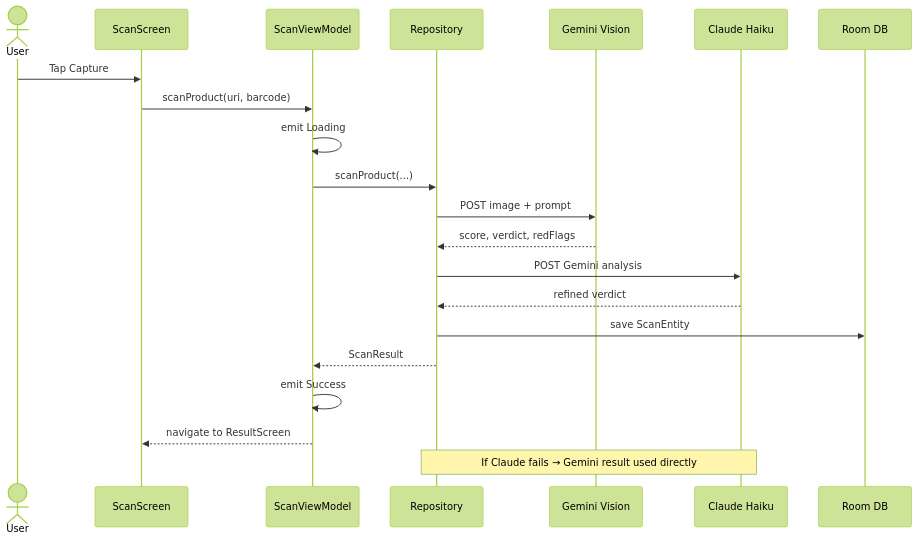
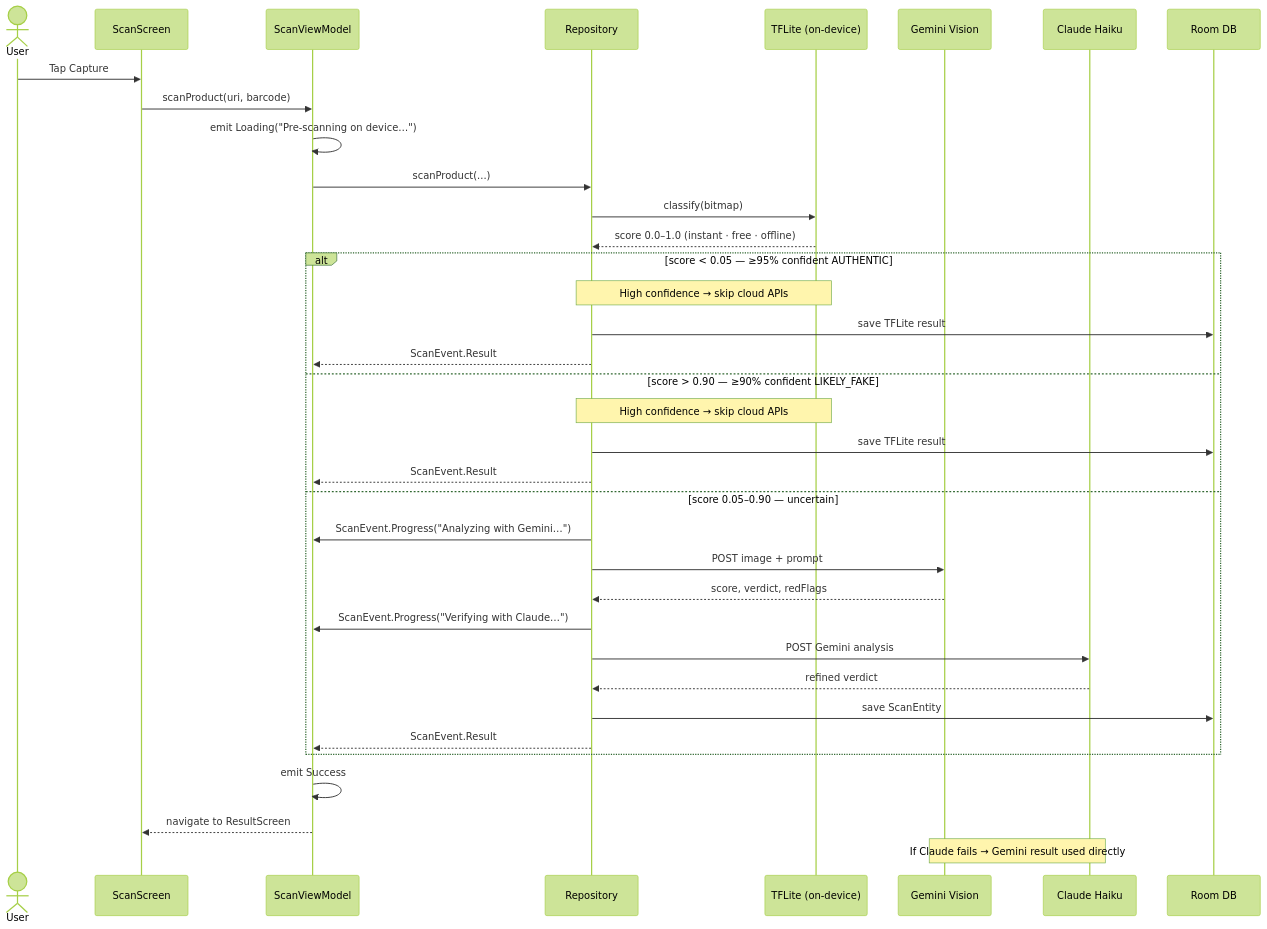
Before and after one commit to lakshmanreddymv-bot/FakeProductDetector: the second of 7 diagrams in README.md, drawn with Mermaid (forest theme). The commit also changed other lines of this file and 12 other files, not shown here.

````diff
--- a/README.md
+++ b/README.md
@@ -81,25 +81,43 @@
 ```mermaid
 sequenceDiagram
     actor User
     participant SC as ScanScreen
     participant VM as ScanViewModel
     participant REPO as Repository
+    participant TFL as TFLite (on-device)
     participant GEM as Gemini Vision
     participant CLU as Claude Haiku
     participant DB as Room DB
 
     User->>SC: Tap Capture
     SC->>VM: scanProduct(uri, barcode)
-    VM->>VM: emit Loading
+    VM->>VM: emit Loading("Pre-scanning on device…")
     VM->>REPO: scanProduct(...)
-    REPO->>GEM: POST image + prompt
-    GEM-->>REPO: score, verdict, redFlags
-    REPO->>CLU: POST Gemini analysis
-    CLU-->>REPO: refined verdict
-    REPO->>DB: save ScanEntity
-    REPO-->>VM: ScanResult
+
+    REPO->>TFL: classify(bitmap)
+    TFL-->>REPO: score 0.0–1.0 (instant · free · offline)
+
+    alt score < 0.05 — ≥95% confident AUTHENTIC
+        Note over REPO,TFL: High confidence → skip cloud APIs
+        REPO->>DB: save TFLite result
+        REPO-->>VM: ScanEvent.Result
+    else score > 0.90 — ≥90% confident LIKELY_FAKE
+        Note over REPO,TFL: High confidence → skip cloud APIs
+        REPO->>DB: save TFLite result
+        REPO-->>VM: ScanEvent.Result
+    else score 0.05–0.90 — uncertain
+        REPO->>VM: ScanEvent.Progress("Analyzing with Gemini…")
+        REPO->>GEM: POST image + prompt
+        GEM-->>REPO: score, verdict, redFlags
+        REPO->>VM: ScanEvent.Progress("Verifying with Claude…")
+        REPO->>CLU: POST Gemini analysis
+        CLU-->>REPO: refined verdict
+        REPO->>DB: save ScanEntity
+        REPO-->>VM: ScanEvent.Result
+    end
+
     VM->>VM: emit Success
     VM-->>SC: navigate to ResultScreen
 
-    Note over REPO,CLU: If Claude fails → Gemini result used directly
+    Note over GEM,CLU: If Claude fails → Gemini result used directly
 ```
````
